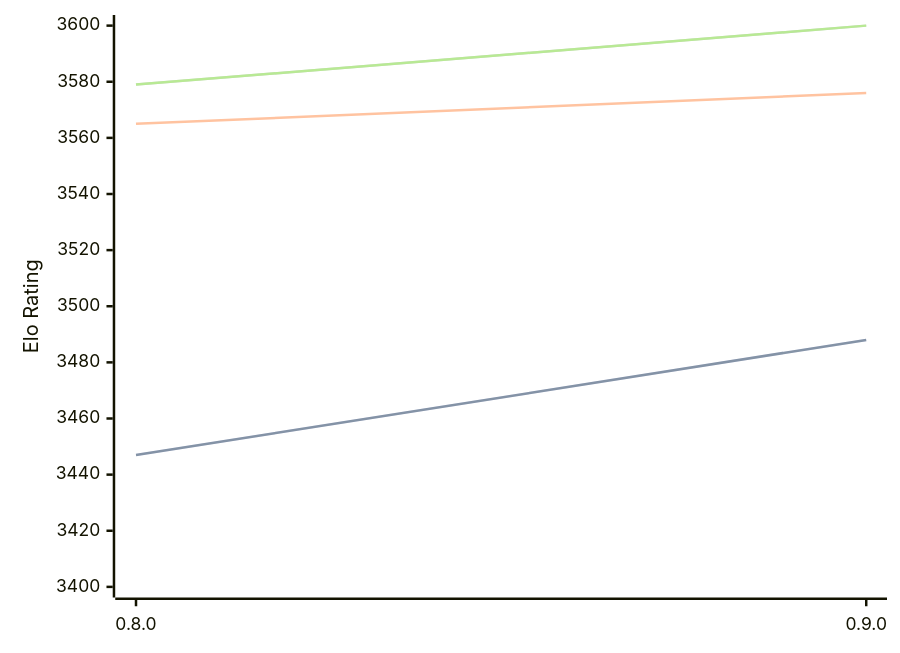
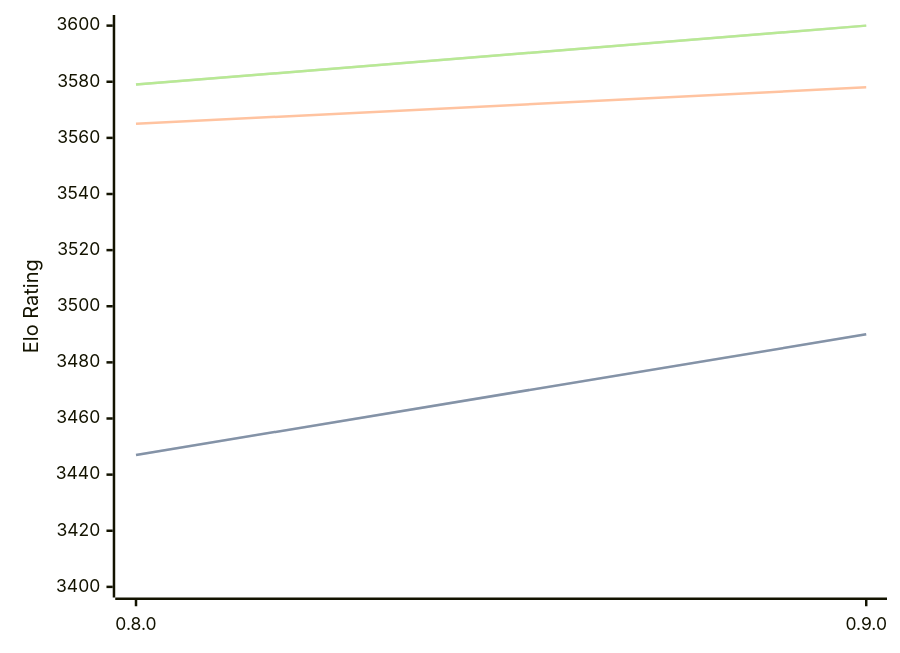
The diagram in engines/Reckless.md (computer-chess-index/cci), drawn with Mermaid before and after one commit. The commit also changed other lines of this file, not shown here.

````diff
--- a/engines/Reckless.md
+++ b/engines/Reckless.md
@@ -32,11 +32,11 @@
 ```mermaid
 %%{init: {"theme":"base","themeVariables":{"seriesColors:['#a3a3a3','#222221','#faa371']}}}%%
 xychart-beta
   x-axis ["0.8.0", "0.9.0"]
   y-axis "Elo Rating" 3400 --> 3600
-  line "" [3447, 3488]
-  line "STC (8.0+0.08s)" [3447, 3488]
-  line "LTC (60.0+0.60s)" [3565, 3576]
+  line "" [3447, 3490]
+  line "STC (8.0+0.08s)" [3447, 3490]
+  line "LTC (60.0+0.60s)" [3565, 3578]
   line "" [3579, 3600]
   line "VLTC (2m24s+1.12s)" [3579, 3600]
 ```
````
